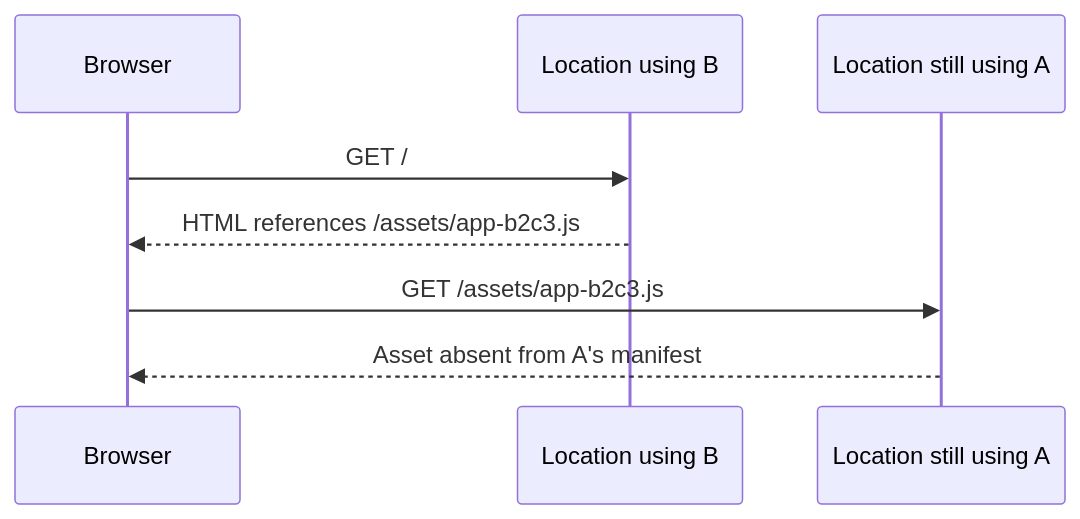
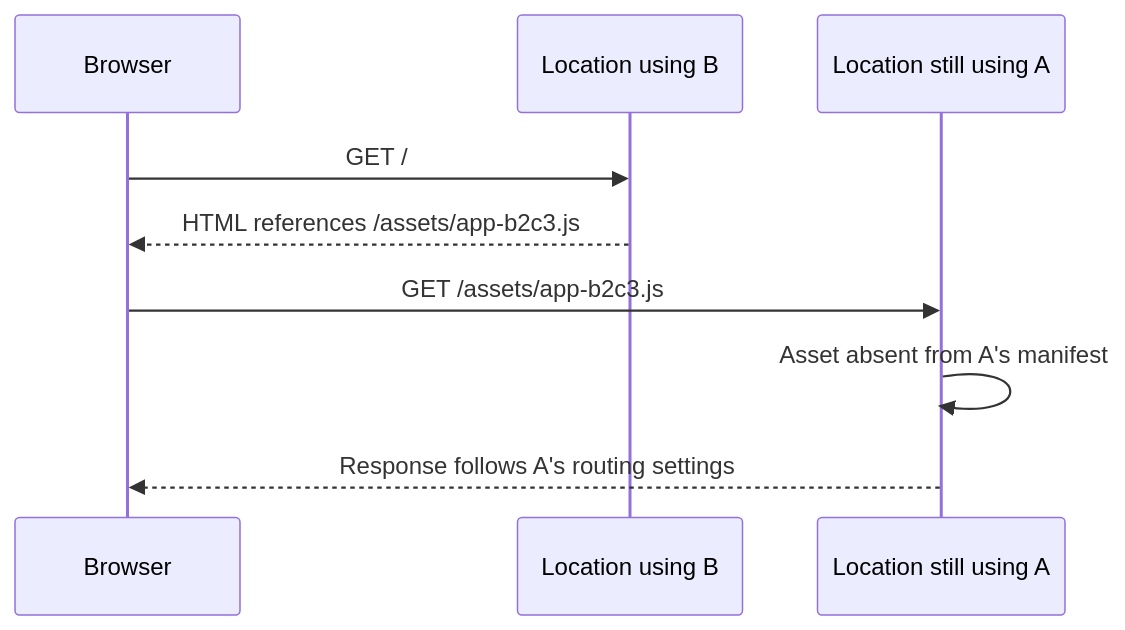
One commit to cloudflare/cloudflare-docs changed the diagram in src/content/docs/workers/versions-and-deployments/version-skew.mdx. Above: the diagram before and after it, drawn with Mermaid. The commit also changed other lines of this file and 2 other files, not shown here.

Commit message:
[Workers] Clarify missing asset requests and ongoing downloads

````diff
--- a/src/content/docs/workers/versions-and-deployments/version-skew.mdx
+++ b/src/content/docs/workers/versions-and-deployments/version-skew.mdx
@@ -38,10 +38,11 @@
 ```mermaid
 sequenceDiagram
     participant Browser
     participant Updated as Location using B
     participant Earlier as Location still using A
     Browser->>Updated: GET /
     Updated-->>Browser: HTML references /assets/app-b2c3.js
     Browser->>Earlier: GET /assets/app-b2c3.js
-    Earlier-->>Browser: Asset absent from A's manifest
+    Earlier->>Earlier: Asset absent from A's manifest
+    Earlier-->>Browser: Response follows A's routing settings
 ```
````
